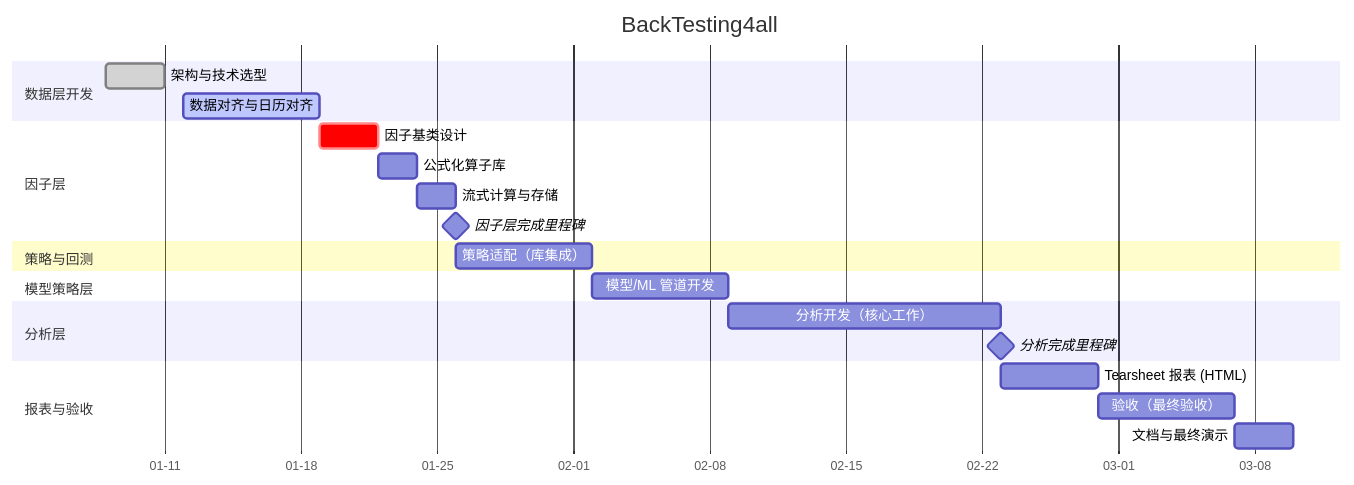
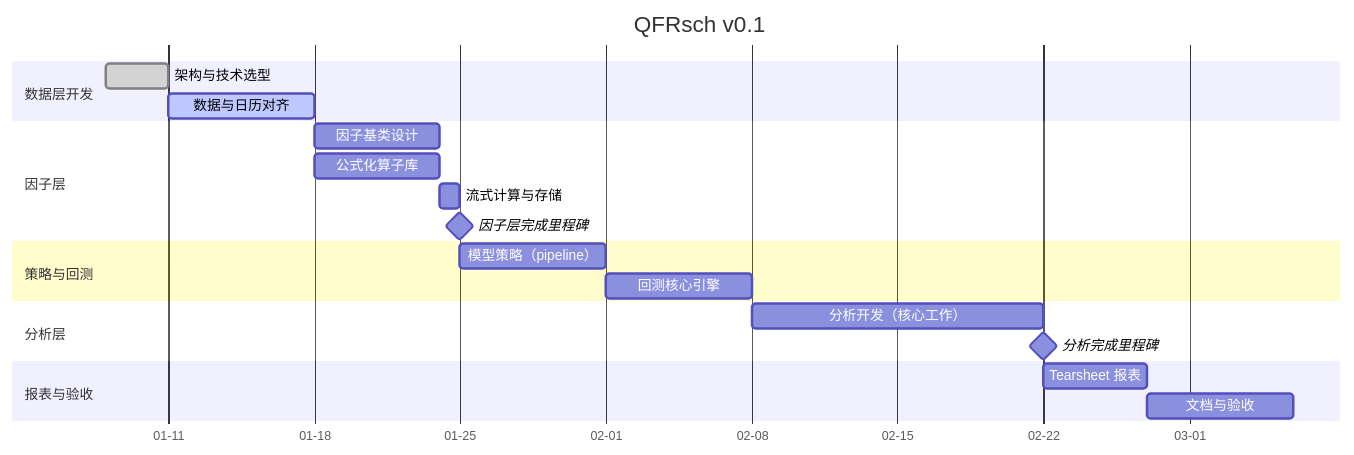
The diagram in README.md (dboywjy/QFRsch), drawn with Mermaid before and after one commit. The commit also changed other lines of this file, not shown here.

````diff
--- a/README.md
+++ b/README.md
@@ -178,31 +93,28 @@
 ```mermaid
 gantt
-    title BackTesting4all
+    title QFRsch v0.1
     dateFormat  YYYY-MM-DD
     axisFormat  %m-%d
 
     section 数据层开发
     架构与技术选型           :done,    des1, 2026-01-08, 3d
-    数据对齐与日历对齐       :active,  d2,   2026-01-12, 7d
+    数据与日历对齐       :active,  d2,   2026-01-11, 7d
 
     section 因子层
-    因子基类设计             :crit,    f1,   after d2, 3d
-    公式化算子库             :         f2,   after f1, 2d
-    流式计算与存储           :         f3,   after f2, 2d
+    因子基类设计             :         f1,   after d2, 6d
+    公式化算子库             :         f2,   after d2, 6d
+    流式计算与存储           :         f3,   after f1, 1d
     因子层完成里程碑         :milestone, m2, after f3, 0d
 
     section 策略与回测
-    策略适配（库集成）       :         b1,   after f3, 7d
-
-    section 模型策略层
-    模型/ML 管道开发         :         a1,   after b1, 7d
+    模型策略（pipeline）       :         b1,   after f3, 7d
+    回测核心引擎         :         a1,   after b1, 7d
 
     section 分析层
     分析开发（核心工作）     :         an1,  after a1, 14d
     分析完成里程碑           :milestone, anm, after an1, 0d
 
     section 报表与验收
-    Tearsheet 报表 (HTML)    :         r1,   after an1, 5d
-    验收（最终验收）         :         t1,   after r1, 7d
-    文档与最终演示           :         end1, after t1, 3d
+    Tearsheet 报表    :         r1,   after an1, 5d
+    文档与验收         :         end1,   after r1, 7d
 ```
````
